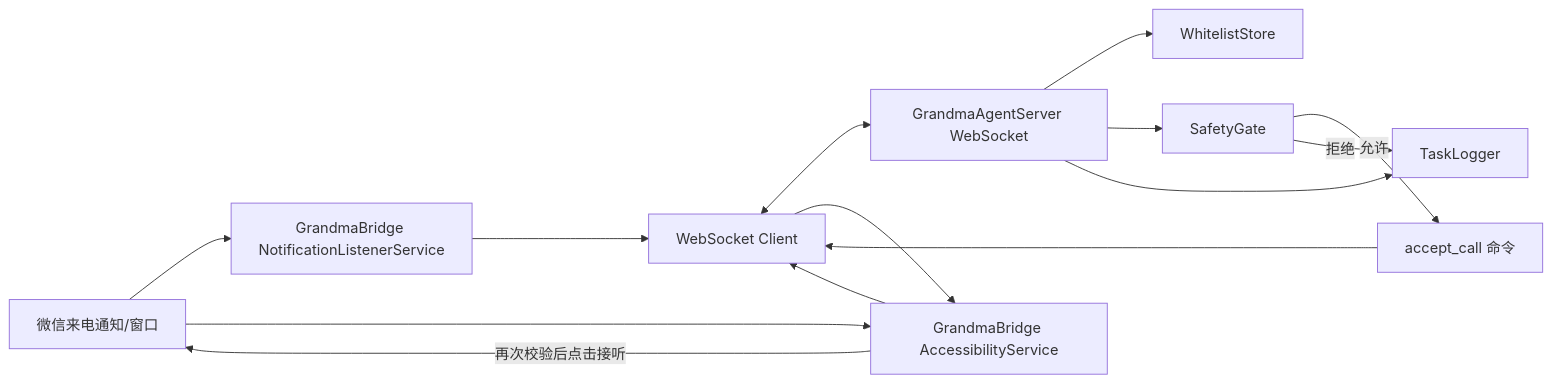
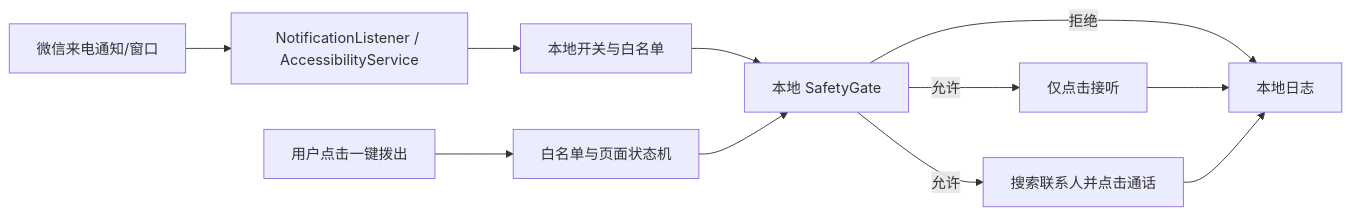
The diagram in README.md (NaritaC/GrandmaCallAgent), drawn with Mermaid before and after one commit. The commit also changed other lines of this file and 25 other files, not shown here.

````diff
--- a/README.md
+++ b/README.md
@@ -23,16 +23,13 @@
 ```mermaid
 flowchart LR
-  A[微信来电通知/窗口] --> B[GrandmaBridge NotificationListenerService]
-  A --> C[GrandmaBridge AccessibilityService]
-  B --> D[WebSocket Client]
-  C --> D
-  D <--> E[GrandmaAgentServer WebSocket]
-  E --> F[WhitelistStore]
-  E --> G[SafetyGate]
-  E --> H[TaskLogger]
-  G -->|允许| I[accept_call 命令]
-  G -->|拒绝| H
-  I --> D
-  D --> C
-  C -->|再次校验后点击接听| A
+  A[微信来电通知/窗口] --> B[NotificationListener / AccessibilityService]
+  B --> C[本地开关与白名单]
+  C --> D[本地 SafetyGate]
+  D -->|允许| E[仅点击接听]
+  D -->|拒绝| F[本地日志]
+  G[用户点击一键拨出] --> H[白名单与页面状态机]
+  H --> D
+  D -->|允许| I[搜索联系人并点击通话]
+  E --> F
+  I --> F
 ```
````
